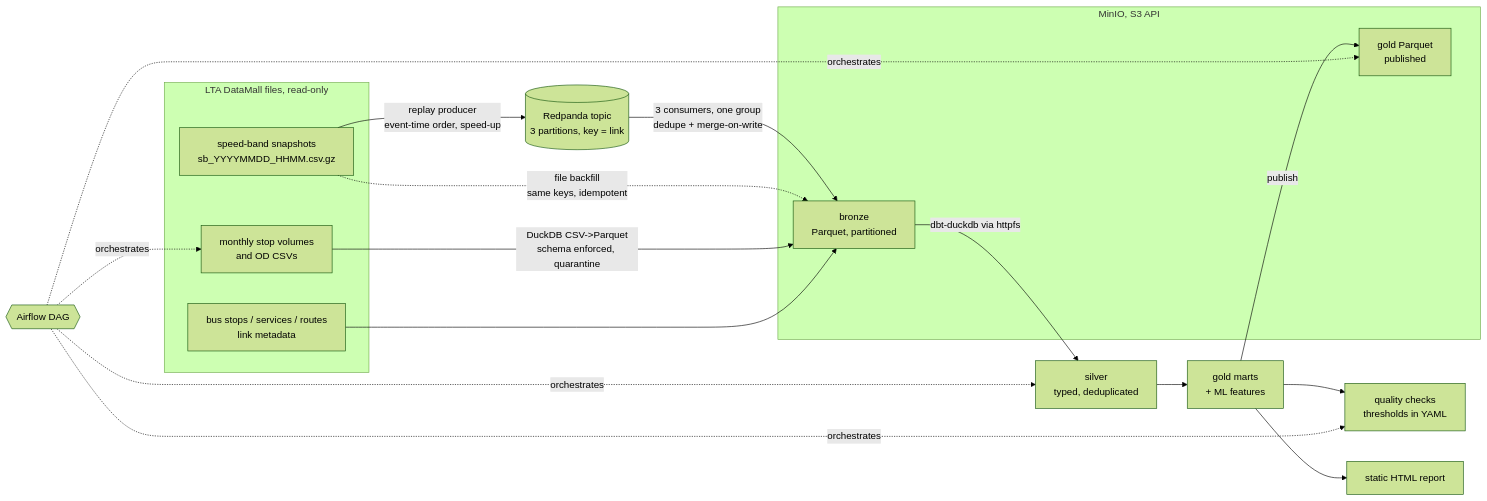
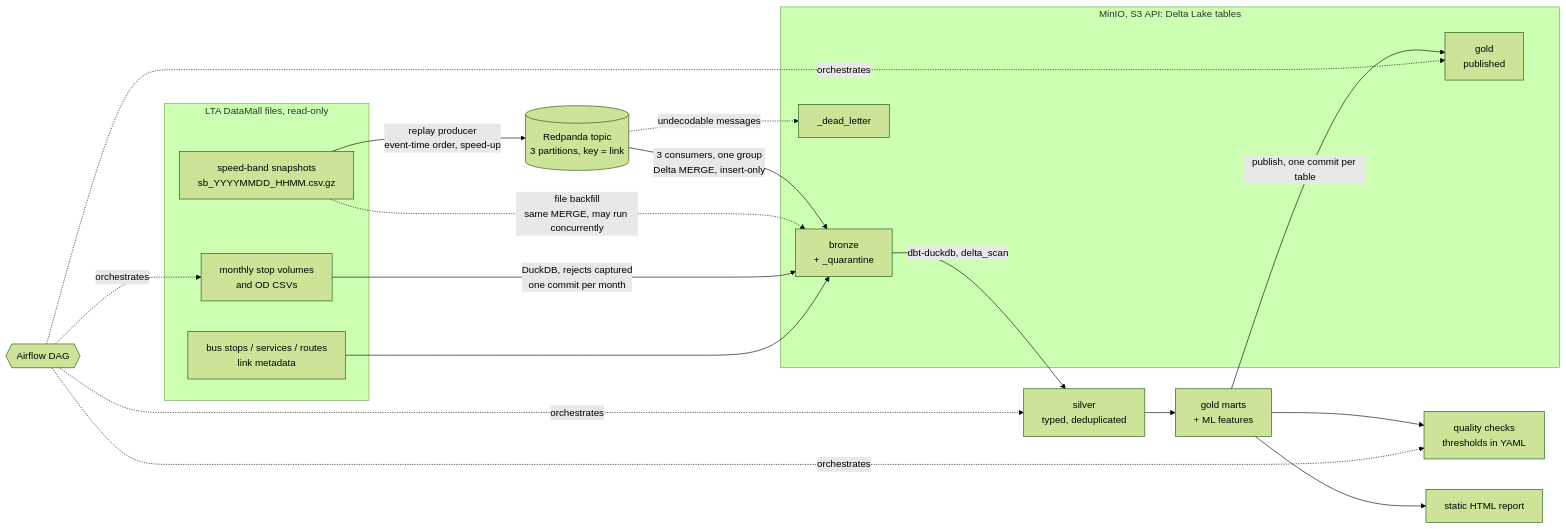
The diagram in README.md (LUOaini1213/sg-traffic-lakehouse), drawn with Mermaid (forest theme) before and after one commit. The commit also changed other lines of this file and 18 other files, not shown here.

````diff
--- a/README.md
+++ b/README.md
@@ -24,23 +24,25 @@
 ```mermaid
 flowchart LR
   subgraph src[LTA DataMall files, read-only]
     SB[speed-band snapshots<br/>sb_YYYYMMDD_HHMM.csv.gz]
     PV[monthly stop volumes<br/>and OD CSVs]
     ST[bus stops / services / routes<br/>link metadata]
   end
   SB -->|replay producer<br/>event-time order, speed-up| RP[(Redpanda topic<br/>3 partitions, key = link)]
-  RP -->|3 consumers, one group<br/>dedupe + merge-on-write| BR
-  SB -.->|file backfill<br/>same keys, idempotent| BR
-  PV -->|DuckDB CSV->Parquet<br/>schema enforced, quarantine| BR
+  RP -->|3 consumers, one group<br/>Delta MERGE, insert-only| BR
+  RP -.->|undecodable messages| DLQ
+  SB -.->|file backfill<br/>same MERGE, may run concurrently| BR
+  PV -->|DuckDB, rejects captured<br/>one commit per month| BR
   ST --> BR
-  subgraph minio[MinIO, S3 API]
-    BR[bronze<br/>Parquet, partitioned]
-    GD[gold Parquet<br/>published]
+  subgraph minio[MinIO, S3 API: Delta Lake tables]
+    BR[bronze<br/>+ _quarantine]
+    DLQ[_dead_letter]
+    GD[gold<br/>published]
   end
-  BR -->|dbt-duckdb via httpfs| SV[silver<br/>typed, deduplicated]
+  BR -->|dbt-duckdb, delta_scan| SV[silver<br/>typed, deduplicated]
   SV --> GL[gold marts<br/>+ ML features]
-  GL -->|publish| GD
+  GL -->|publish, one commit per table| GD
   GL --> QC[quality checks<br/>thresholds in YAML]
   GL --> RPT[static HTML report]
   AF{{Airflow DAG}} -.orchestrates.-> PV & SV & QC & GD
 ```
````
